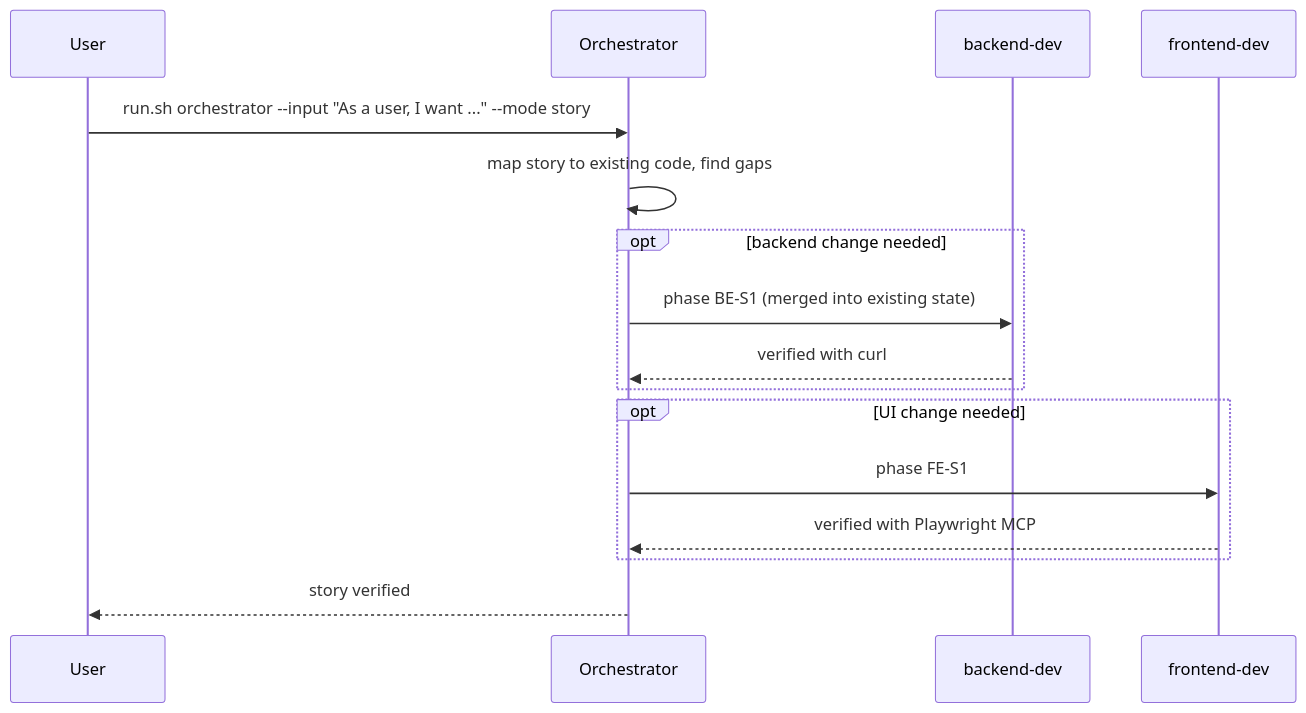
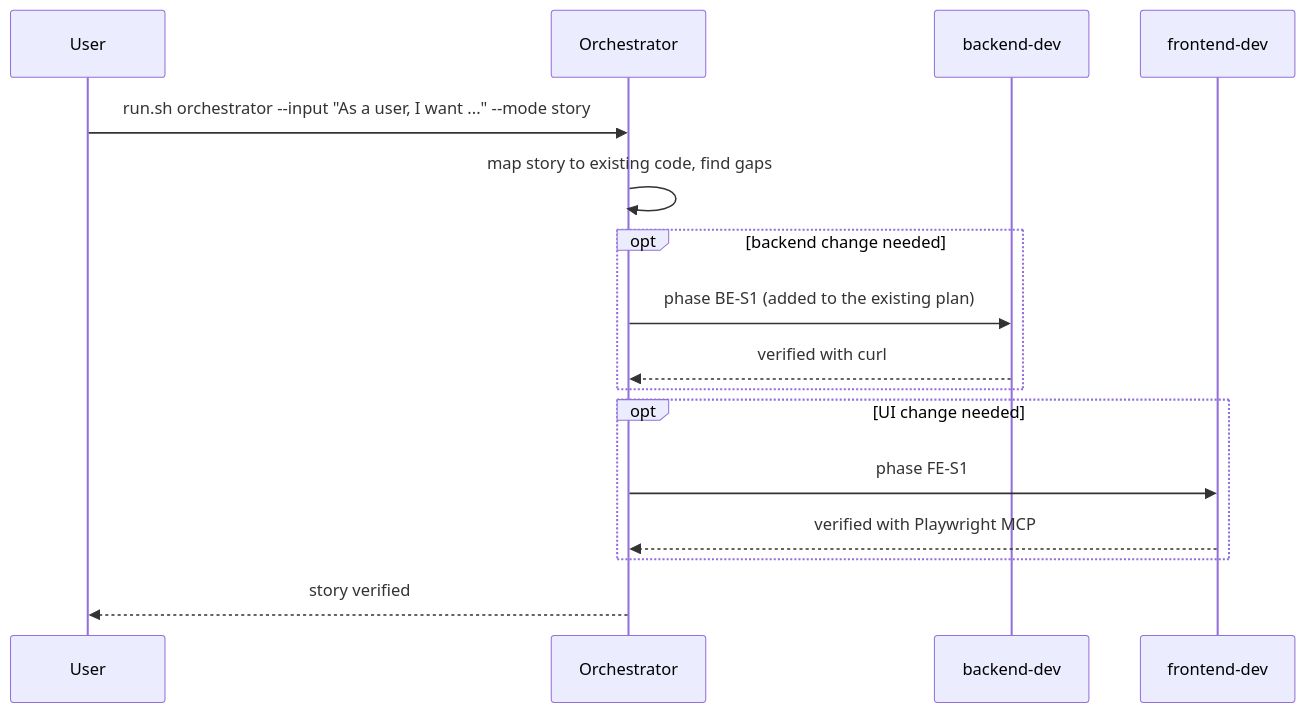
One commit to omarwt/quickflow changed the fifth of 5 diagrams in README.md. Above: the diagram before and after it, drawn with Mermaid. The commit also changed other lines of this file and 8 other files, not shown here.

````diff
--- a/README.md
+++ b/README.md
@@ -236,19 +235,19 @@
 ```mermaid
 sequenceDiagram
     participant User
     participant Orchestrator
     participant BackendLoop as backend-dev
     participant FrontendLoop as frontend-dev
 
     User->>Orchestrator: run.sh orchestrator --input "As a user, I want ..." --mode story
     Orchestrator->>Orchestrator: map story to existing code, find gaps
     opt backend change needed
-        Orchestrator->>BackendLoop: phase BE-S1 (merged into existing state)
+        Orchestrator->>BackendLoop: phase BE-S1 (added to the existing plan)
         BackendLoop-->>Orchestrator: verified with curl
     end
     opt UI change needed
         Orchestrator->>FrontendLoop: phase FE-S1
         FrontendLoop-->>Orchestrator: verified with Playwright MCP
     end
     Orchestrator-->>User: story verified
 ```
````
